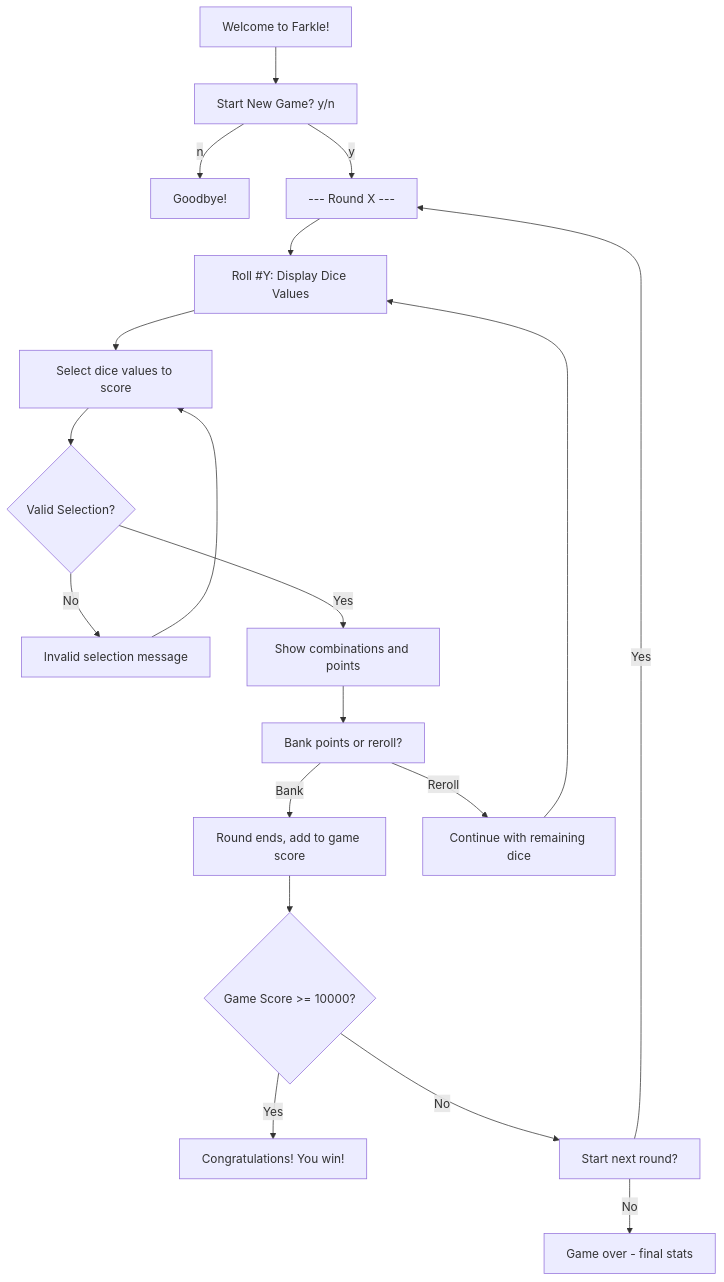
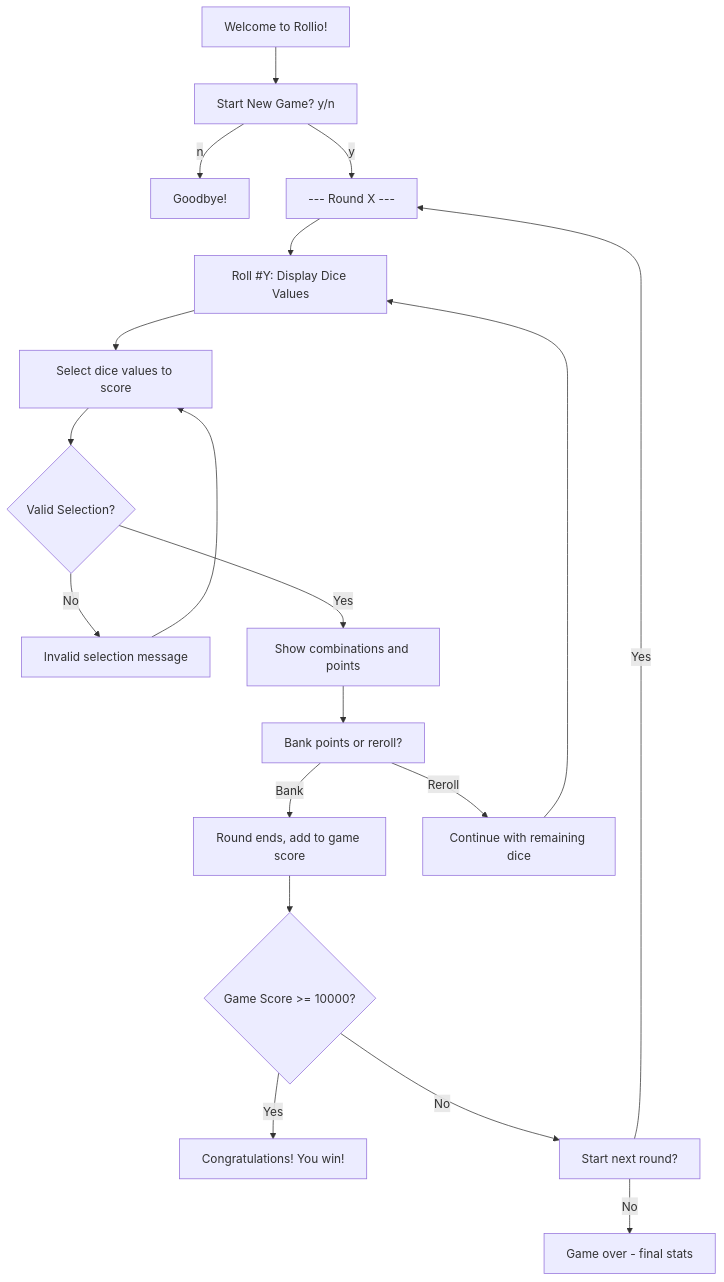
The second of 11 diagrams in docs/architecture/farkle-diagrams.md (bbeaudet-dev/farkle), drawn with Mermaid before and after one commit. The commit also changed other lines of this file and 19 other files, not shown here.

````diff
--- a/docs/architecture/farkle-diagrams.md
+++ b/docs/architecture/farkle-diagrams.md
@@ -47,21 +49,21 @@
 ```mermaid
 flowchart TD
-    A[Welcome to Farkle!] --> B[Start New Game? y/n]
+    A[Welcome to Rollio!] --> B[Start New Game? y/n]
     B -->|n| C[Goodbye!]
     B -->|y| D[--- Round X ---]
     D --> E[Roll #Y: Display Dice Values]
     E --> F[Select dice values to score]
     F --> G{Valid Selection?}
     G -->|No| H[Invalid selection message]
     H --> F
     G -->|Yes| I[Show combinations and points]
     I --> J[Bank points or reroll?]
     J -->|Bank| K[Round ends, add to game score]
     J -->|Reroll| L[Continue with remaining dice]
     K --> M{Game Score >= 10000?}
     M -->|Yes| N[Congratulations! You win!]
     M -->|No| O[Start next round?]
     O -->|Yes| D
     O -->|No| P[Game over - final stats]
     L --> E
 ```
````
